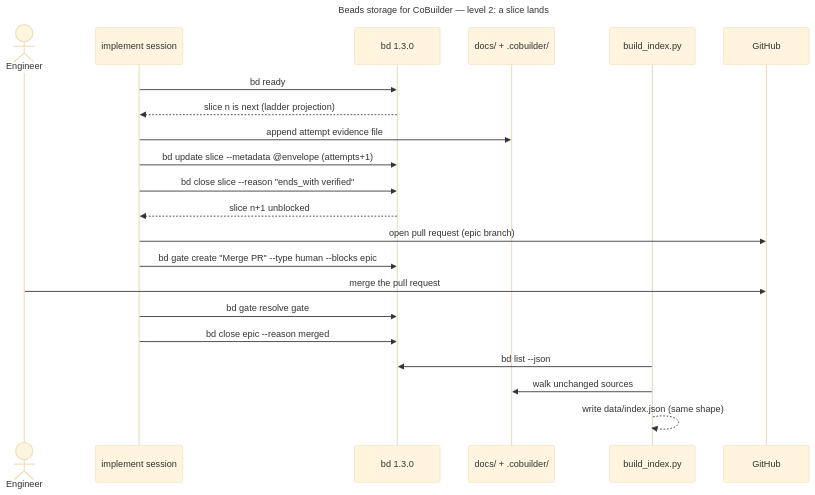
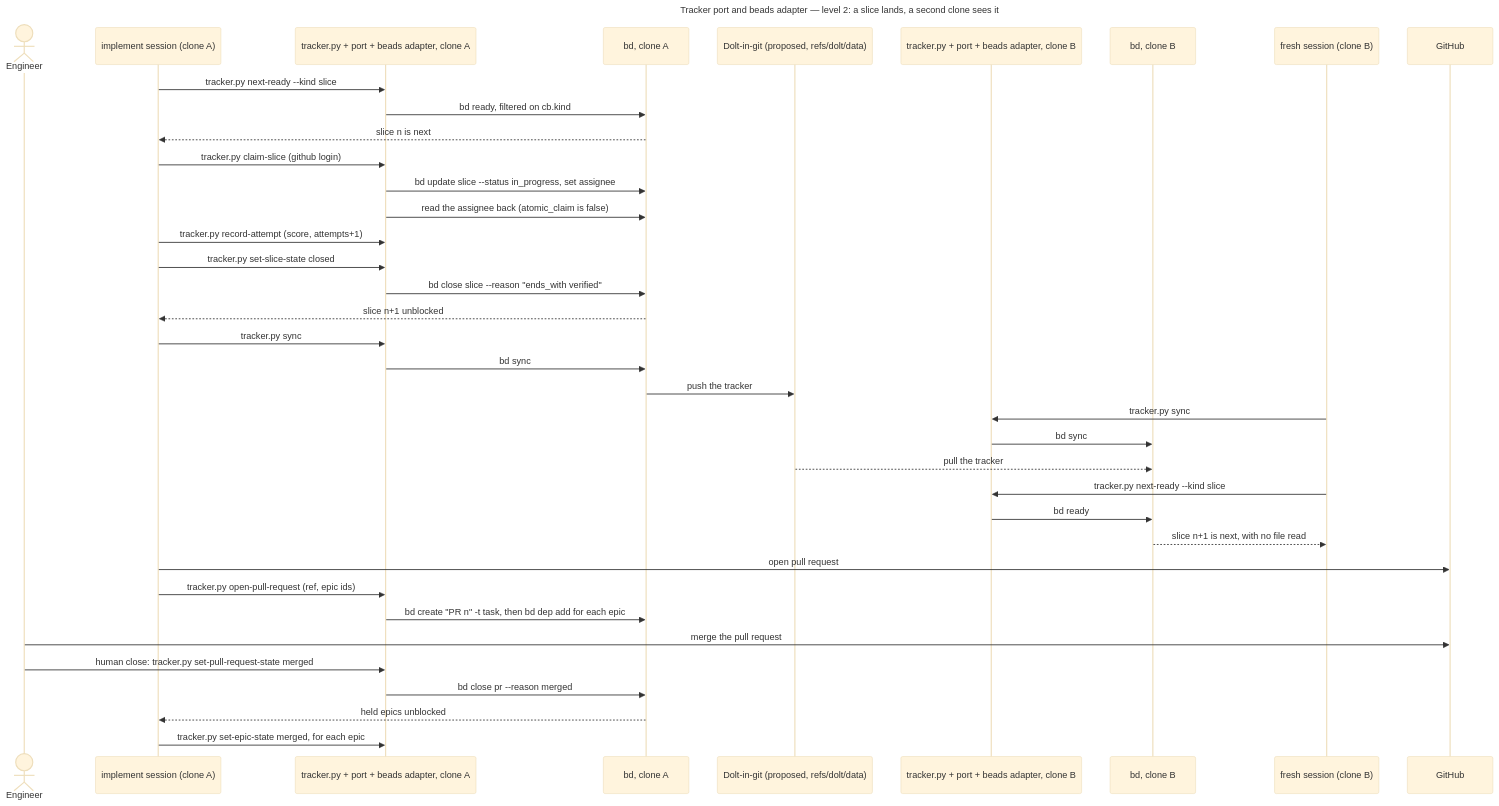
Before and after one commit to bjornslib/cobuilder-plugin: the diagram in docs/architecture/designs/beads-storage/diagrams/level-2.mmd, drawn with Mermaid (base theme). The commit also changed 21 other files, not shown here.

First line of the commit message:
Design beads-storage: a tracker port with beads as its first adapter

```diff
--- a/docs/architecture/designs/beads-storage/diagrams/level-2.mmd
+++ b/docs/architecture/designs/beads-storage/diagrams/level-2.mmd
@@ -1,24 +1,40 @@
 sequenceDiagram
-    title Beads storage for CoBuilder — level 2: a slice lands
+    title Tracker port and beads adapter — level 2: a slice lands, a second clone sees it
 
     actor Engineer
-    participant impl as implement session
-    participant bd as bd 1.3.0
-    participant fs as docs/ + .cobuilder/
-    participant idx as build_index.py
+    participant a as implement session (clone A)
+    participant porta as tracker.py + port + beads adapter, clone A
+    participant bda as bd, clone A
+    participant remote as Dolt-in-git (proposed, refs/dolt/data)
+    participant portb as tracker.py + port + beads adapter, clone B
+    participant bdb as bd, clone B
+    participant b as fresh session (clone B)
     participant gh as GitHub
 
-    impl->>bd: bd ready
-    bd-->>impl: slice n is next (ladder projection)
-    impl->>fs: append attempt evidence file
-    impl->>bd: bd update slice --metadata @envelope (attempts+1)
-    impl->>bd: bd close slice --reason "ends_with verified"
-    bd-->>impl: slice n+1 unblocked
-    impl->>gh: open pull request (epic branch)
-    impl->>bd: bd gate create "Merge PR" --type human --blocks epic
+    a->>porta: tracker.py next-ready --kind slice
+    porta->>bda: bd ready, filtered on cb.kind
+    bda-->>a: slice n is next
+    a->>porta: tracker.py claim-slice (github login)
+    porta->>bda: bd update slice --status in_progress, set assignee
+    porta->>bda: read the assignee back (atomic_claim is false)
+    a->>porta: tracker.py record-attempt (score, attempts+1)
+    a->>porta: tracker.py set-slice-state closed
+    porta->>bda: bd close slice --reason "ends_with verified"
+    bda-->>a: slice n+1 unblocked
+    a->>porta: tracker.py sync
+    porta->>bda: bd sync
+    bda->>remote: push the tracker
+    b->>portb: tracker.py sync
+    portb->>bdb: bd sync
+    remote-->>bdb: pull the tracker
+    b->>portb: tracker.py next-ready --kind slice
+    portb->>bdb: bd ready
+    bdb-->>b: slice n+1 is next, with no file read
+    a->>gh: open pull request
+    a->>porta: tracker.py open-pull-request (ref, epic ids)
+    porta->>bda: bd create "PR n" -t task, then bd dep add for each epic
     Engineer->>gh: merge the pull request
-    impl->>bd: bd gate resolve gate
-    impl->>bd: bd close epic --reason merged
-    idx->>bd: bd list --json
-    idx->>fs: walk unchanged sources
-    idx-->>idx: write data/index.json (same shape)
+    Engineer->>porta: human close: tracker.py set-pull-request-state merged
+    porta->>bda: bd close pr --reason merged
+    bda-->>a: held epics unblocked
+    a->>porta: tracker.py set-epic-state merged, for each epic
```
